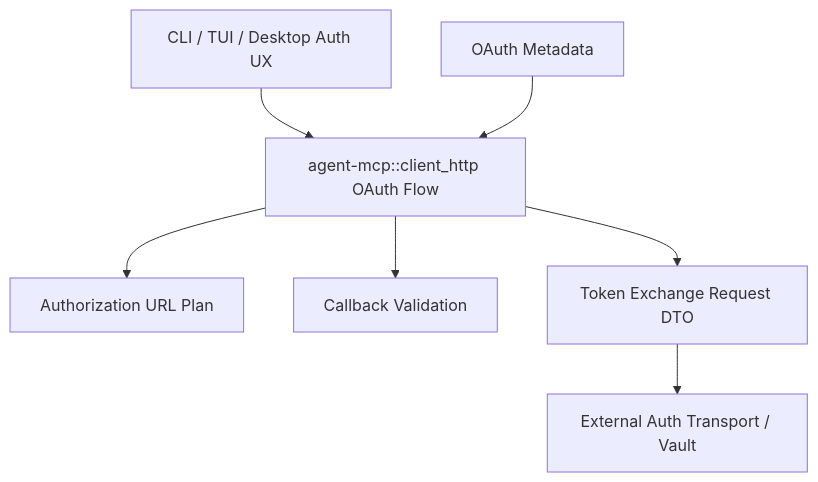
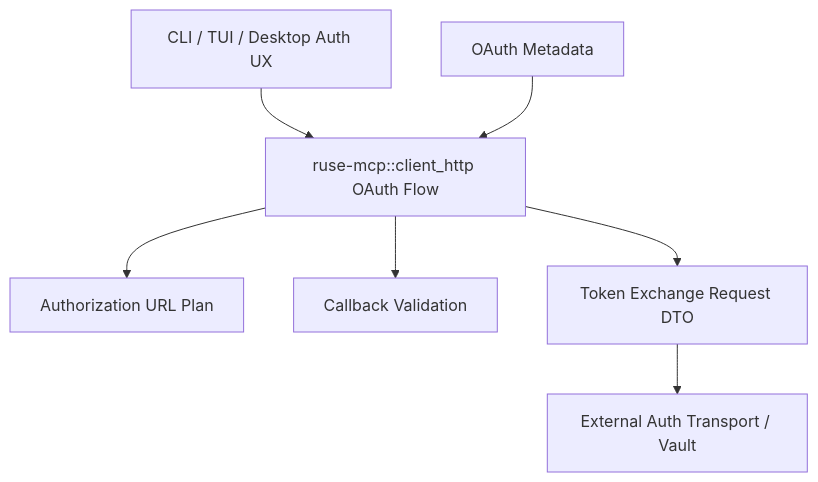
The diagram in docs/specs/M53-mcp-http-oauth-authorization-flow-runtime.spec.md (poneding/agent), drawn with Mermaid before and after one commit. The commit also changed other lines of this file and 2091 other files, not shown here.

First line of the commit message:
refactor: rename agent branding to ruse

````diff
--- a/docs/specs/M53-mcp-http-oauth-authorization-flow-runtime.spec.md
+++ b/docs/specs/M53-mcp-http-oauth-authorization-flow-runtime.spec.md
@@ -34,9 +34,9 @@
 ```mermaid
 flowchart TD
-  UI["CLI / TUI / Desktop Auth UX"] --> Flow["agent-mcp::client_http OAuth Flow"]
+  UI["CLI / TUI / Desktop Auth UX"] --> Flow["ruse-mcp::client_http OAuth Flow"]
   Metadata["OAuth Metadata"] --> Flow
   Flow --> AuthUrl["Authorization URL Plan"]
   Flow --> Callback["Callback Validation"]
   Flow --> Exchange["Token Exchange Request DTO"]
   Exchange --> AuthLayer["External Auth Transport / Vault"]
 ```
````
